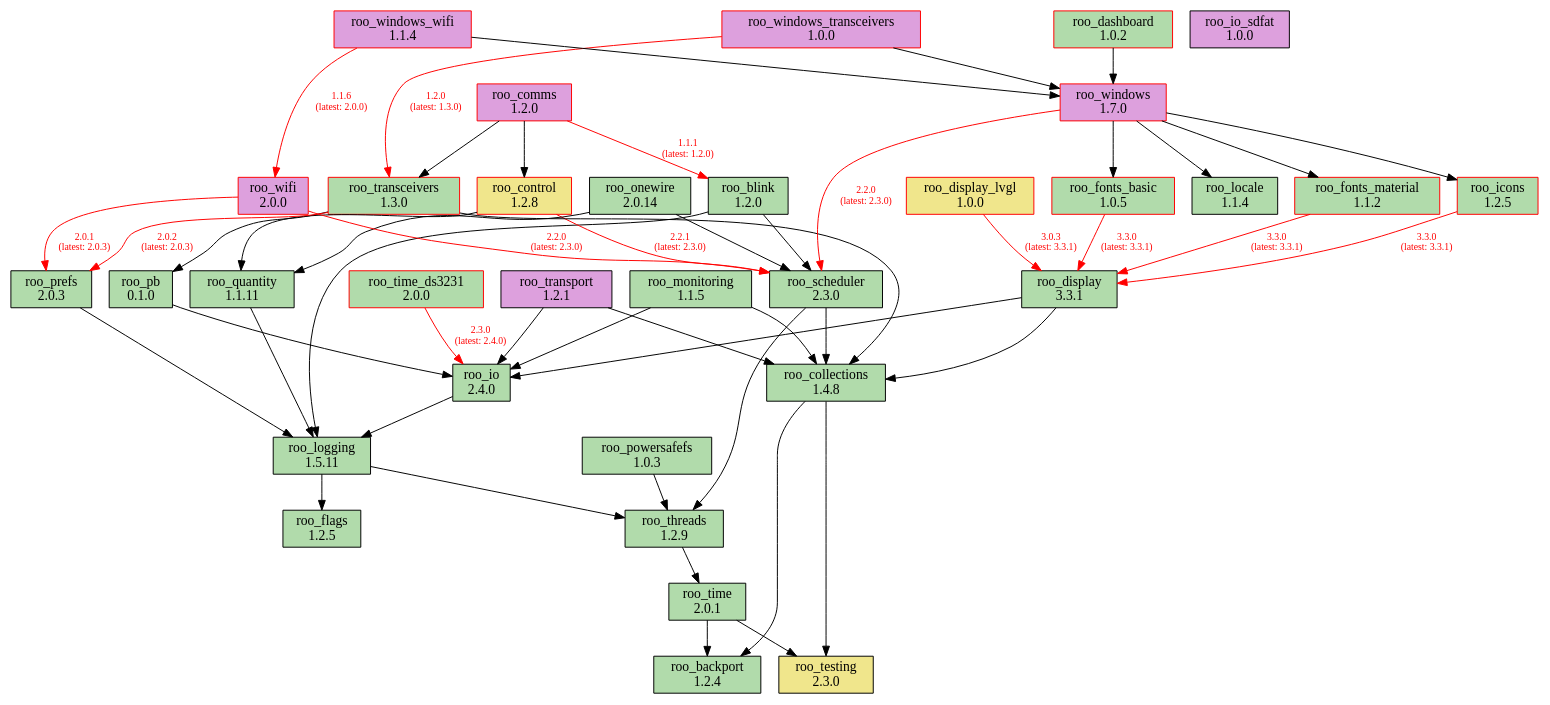
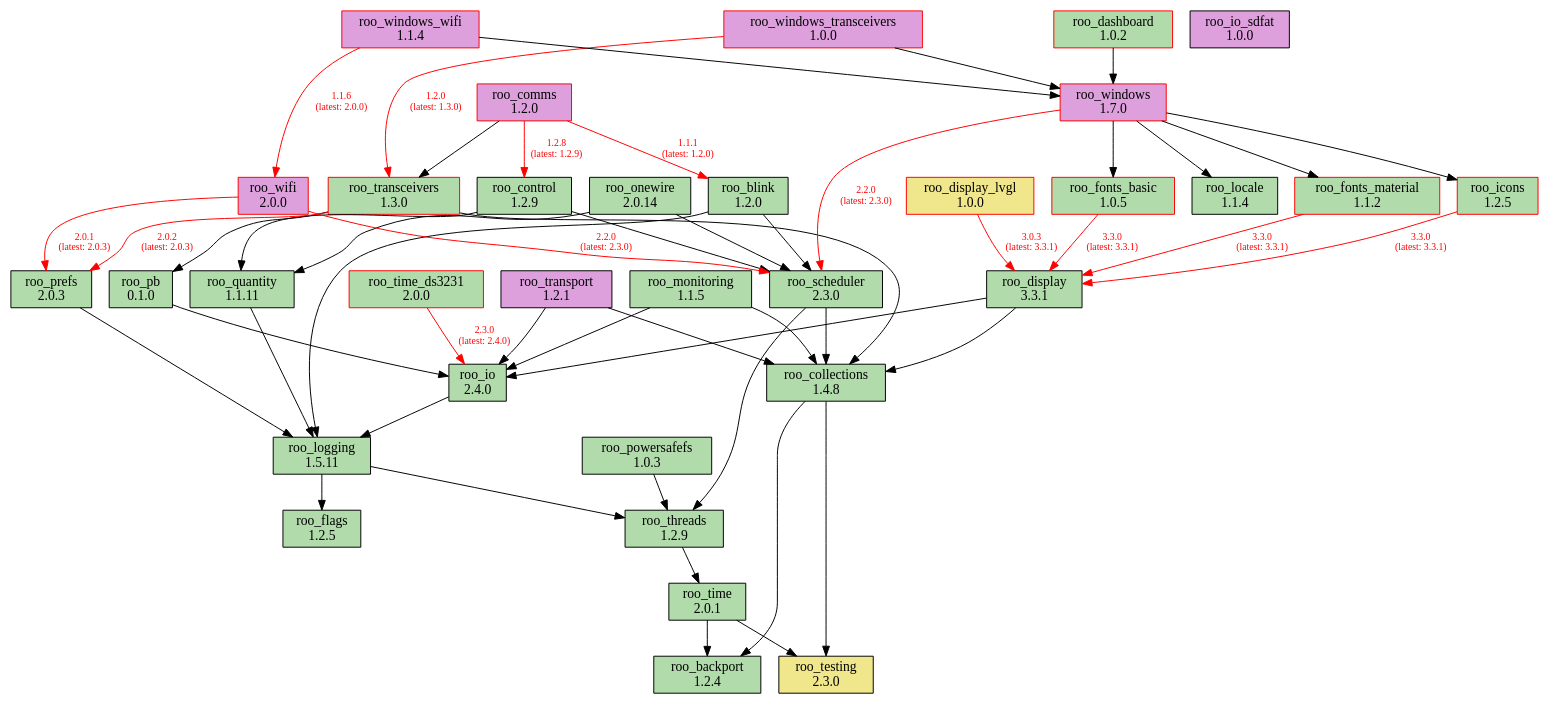
Before and after one commit to dejwk/roo-registry: the diagram in doc/dependencies.dot, drawn with Graphviz. The commit also changed 3 other files, not shown here.

Commit message:
Added roo_control 1.2.9 to the registry.

```diff
--- a/doc/dependencies.dot
+++ b/doc/dependencies.dot
@@ -1,91 +1,91 @@
 digraph dependencies {
     rankdir=TB;
     node [shape=box, style=filled];
     edge [fontsize=10];
 
     // Modules
     "roo_backport" [label="roo_backport\n1.2.4", fillcolor="#b1dbab", color="black"];
     "roo_blink" [label="roo_blink\n1.2.0", fillcolor="#b1dbab", color="black"];
     "roo_collections" [label="roo_collections\n1.4.8", fillcolor="#b1dbab", color="black"];
     "roo_comms" [label="roo_comms\n1.2.0", fillcolor="plum", color="red"];
-    "roo_control" [label="roo_control\n1.2.8", fillcolor="khaki", color="red"];
+    "roo_control" [label="roo_control\n1.2.9", fillcolor="#b1dbab", color="black"];
     "roo_dashboard" [label="roo_dashboard\n1.0.2", fillcolor="#b1dbab", color="red"];
     "roo_display" [label="roo_display\n3.3.1", fillcolor="#b1dbab", color="black"];
     "roo_display_lvgl" [label="roo_display_lvgl\n1.0.0", fillcolor="khaki", color="red"];
     "roo_flags" [label="roo_flags\n1.2.5", fillcolor="#b1dbab", color="black"];
     "roo_fonts_basic" [label="roo_fonts_basic\n1.0.5", fillcolor="#b1dbab", color="red"];
     "roo_fonts_material" [label="roo_fonts_material\n1.1.2", fillcolor="#b1dbab", color="red"];
     "roo_icons" [label="roo_icons\n1.2.5", fillcolor="#b1dbab", color="red"];
     "roo_io" [label="roo_io\n2.4.0", fillcolor="#b1dbab", color="black"];
     "roo_io_sdfat" [label="roo_io_sdfat\n1.0.0", fillcolor="plum", color="black"];
     "roo_locale" [label="roo_locale\n1.1.4", fillcolor="#b1dbab", color="black"];
     "roo_logging" [label="roo_logging\n1.5.11", fillcolor="#b1dbab", color="black"];
     "roo_monitoring" [label="roo_monitoring\n1.1.5", fillcolor="#b1dbab", color="black"];
     "roo_onewire" [label="roo_onewire\n2.0.14", fillcolor="#b1dbab", color="black"];
     "roo_pb" [label="roo_pb\n0.1.0", fillcolor="#b1dbab", color="black"];
     "roo_powersafefs" [label="roo_powersafefs\n1.0.3", fillcolor="#b1dbab", color="black"];
     "roo_prefs" [label="roo_prefs\n2.0.3", fillcolor="#b1dbab", color="black"];
     "roo_quantity" [label="roo_quantity\n1.1.11", fillcolor="#b1dbab", color="black"];
     "roo_scheduler" [label="roo_scheduler\n2.3.0", fillcolor="#b1dbab", color="black"];
     "roo_testing" [label="roo_testing\n2.3.0", fillcolor="khaki", color="black"];
     "roo_threads" [label="roo_threads\n1.2.9", fillcolor="#b1dbab", color="black"];
     "roo_time" [label="roo_time\n2.0.1", fillcolor="#b1dbab", color="black"];
     "roo_time_ds3231" [label="roo_time_ds3231\n2.0.0", fillcolor="#b1dbab", color="red"];
     "roo_transceivers" [label="roo_transceivers\n1.3.0", fillcolor="#b1dbab", color="red"];
     "roo_transport" [label="roo_transport\n1.2.1", fillcolor="plum", color="black"];
     "roo_wifi" [label="roo_wifi\n2.0.0", fillcolor="plum", color="red"];
     "roo_windows" [label="roo_windows\n1.7.0", fillcolor="plum", color="red"];
     "roo_windows_transceivers" [label="roo_windows_transceivers\n1.0.0", fillcolor="plum", color="red"];
     "roo_windows_wifi" [label="roo_windows_wifi\n1.1.4", fillcolor="plum", color="red"];
 
     // Dependencies
     "roo_blink" -> "roo_logging";
     "roo_blink" -> "roo_scheduler";
     "roo_collections" -> "roo_testing";
     "roo_collections" -> "roo_backport";
     "roo_comms" -> "roo_blink" [color=red, fontcolor=red, label="1.1.1\n(latest: 1.2.0)"];
-    "roo_comms" -> "roo_control";
+    "roo_comms" -> "roo_control" [color=red, fontcolor=red, label="1.2.8\n(latest: 1.2.9)"];
     "roo_comms" -> "roo_transceivers";
     "roo_control" -> "roo_quantity";
-    "roo_control" -> "roo_scheduler" [color=red, fontcolor=red, label="2.2.1\n(latest: 2.3.0)"];
+    "roo_control" -> "roo_scheduler";
     "roo_dashboard" -> "roo_windows";
     "roo_display" -> "roo_collections";
     "roo_display" -> "roo_io";
     "roo_display_lvgl" -> "roo_display" [color=red, fontcolor=red, label="3.0.3\n(latest: 3.3.1)"];
     "roo_fonts_basic" -> "roo_display" [color=red, fontcolor=red, label="3.3.0\n(latest: 3.3.1)"];
     "roo_fonts_material" -> "roo_display" [color=red, fontcolor=red, label="3.3.0\n(latest: 3.3.1)"];
     "roo_icons" -> "roo_display" [color=red, fontcolor=red, label="3.3.0\n(latest: 3.3.1)"];
     "roo_io" -> "roo_logging";
     "roo_logging" -> "roo_flags";
     "roo_logging" -> "roo_threads";
     "roo_monitoring" -> "roo_collections";
     "roo_monitoring" -> "roo_io";
     "roo_onewire" -> "roo_scheduler";
     "roo_onewire" -> "roo_quantity";
     "roo_pb" -> "roo_io";
     "roo_powersafefs" -> "roo_threads";
     "roo_prefs" -> "roo_logging";
     "roo_quantity" -> "roo_logging";
     "roo_scheduler" -> "roo_collections";
     "roo_scheduler" -> "roo_threads";
     "roo_threads" -> "roo_time";
     "roo_time" -> "roo_testing";
     "roo_time" -> "roo_backport";
     "roo_time_ds3231" -> "roo_io" [color=red, fontcolor=red, label="2.3.0\n(latest: 2.4.0)"];
     "roo_transceivers" -> "roo_pb";
     "roo_transceivers" -> "roo_collections";
     "roo_transceivers" -> "roo_prefs" [color=red, fontcolor=red, label="2.0.2\n(latest: 2.0.3)"];
     "roo_transport" -> "roo_collections";
     "roo_transport" -> "roo_io";
     "roo_wifi" -> "roo_prefs" [color=red, fontcolor=red, label="2.0.1\n(latest: 2.0.3)"];
     "roo_wifi" -> "roo_scheduler" [color=red, fontcolor=red, label="2.2.0\n(latest: 2.3.0)"];
     "roo_windows" -> "roo_fonts_basic";
     "roo_windows" -> "roo_fonts_material";
     "roo_windows" -> "roo_locale";
     "roo_windows" -> "roo_icons";
     "roo_windows" -> "roo_scheduler" [color=red, fontcolor=red, label="2.2.0\n(latest: 2.3.0)"];
     "roo_windows_transceivers" -> "roo_transceivers" [color=red, fontcolor=red, label="1.2.0\n(latest: 1.3.0)"];
     "roo_windows_transceivers" -> "roo_windows";
     "roo_windows_wifi" -> "roo_wifi" [color=red, fontcolor=red, label="1.1.6\n(latest: 2.0.0)"];
     "roo_windows_wifi" -> "roo_windows";
 }
```
